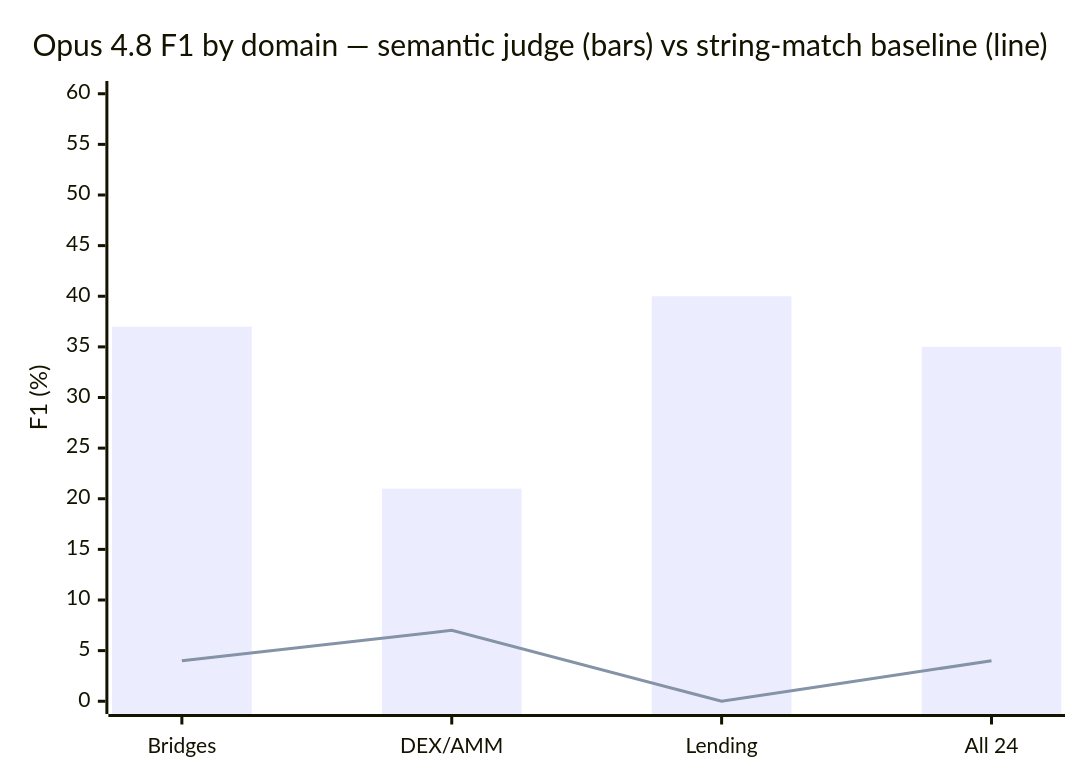
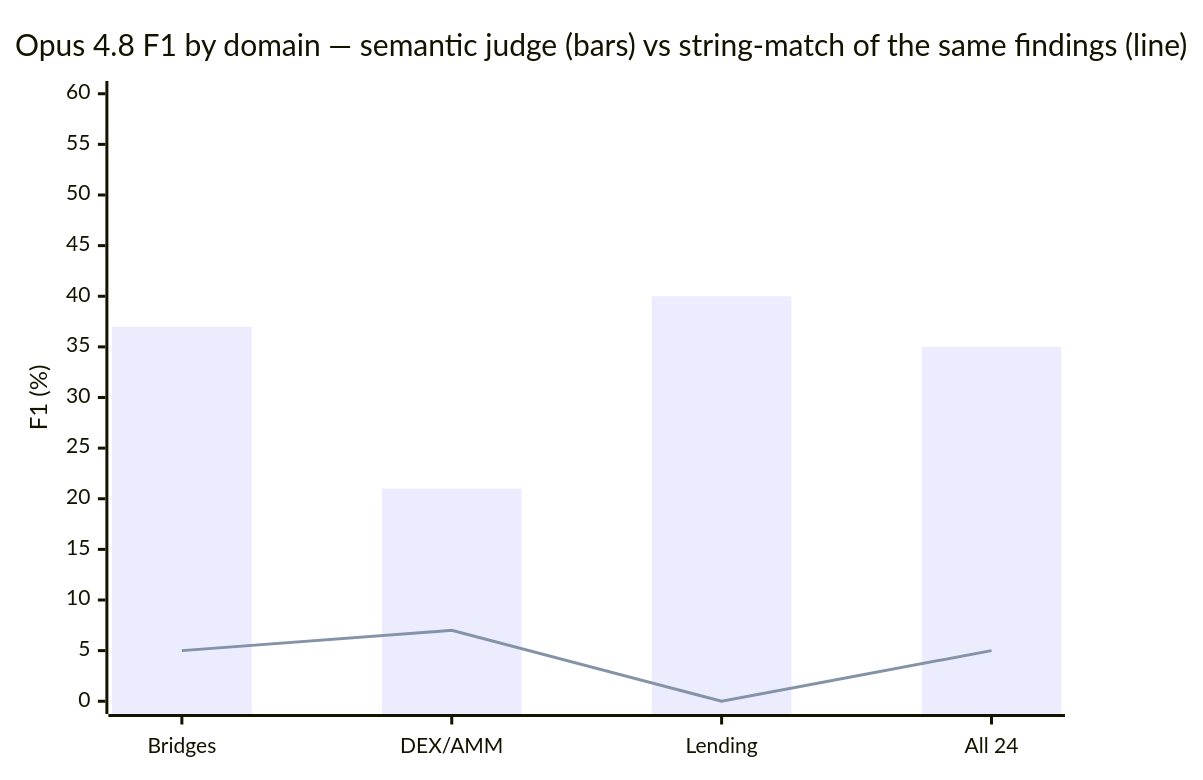
One commit to 0xSoftBoi/anthropic-fellowship changed the diagram in README.md. Above: the diagram before and after it, drawn with Mermaid. The commit also changed other lines of this file and 12 other files, not shown here.

````diff
--- a/README.md
+++ b/README.md
@@ -34,8 +34,8 @@
 ```mermaid
 xychart-beta
-    title "Opus 4.8 F1 by domain — semantic judge (bars) vs string-match baseline (line)"
+    title "Opus 4.8 F1 by domain — semantic judge (bars) vs string-match of the same findings (line)"
     x-axis ["Bridges", "DEX/AMM", "Lending", "All 24"]
     y-axis "F1 (%)" 0 --> 60
     bar [37, 21, 40, 35]
-    line [4, 7, 0, 4]
+    line [5, 7, 0, 5]
 ```
````
